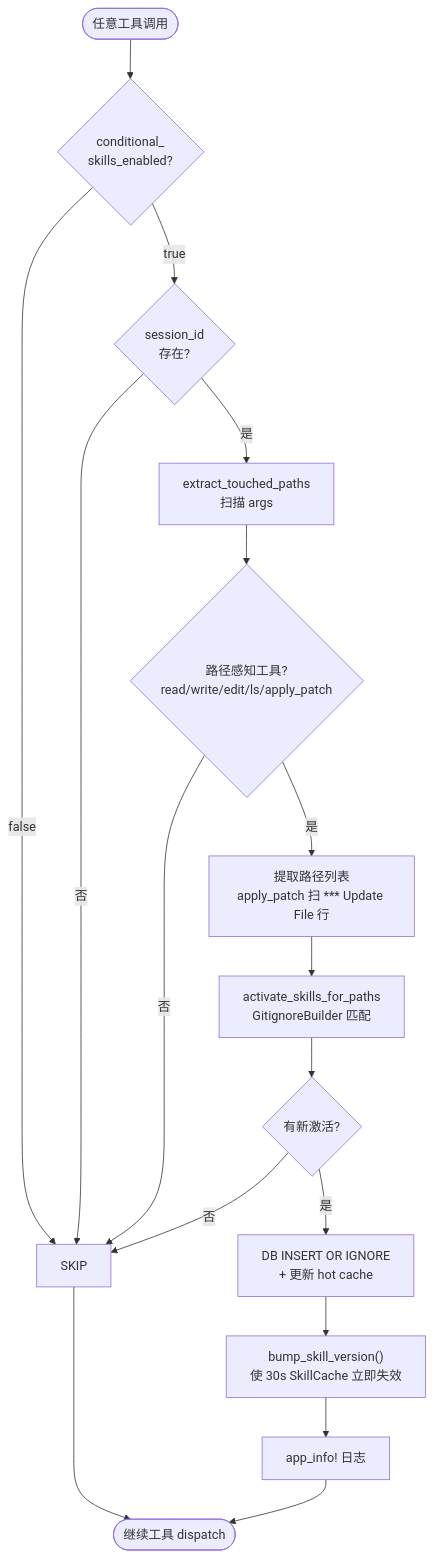
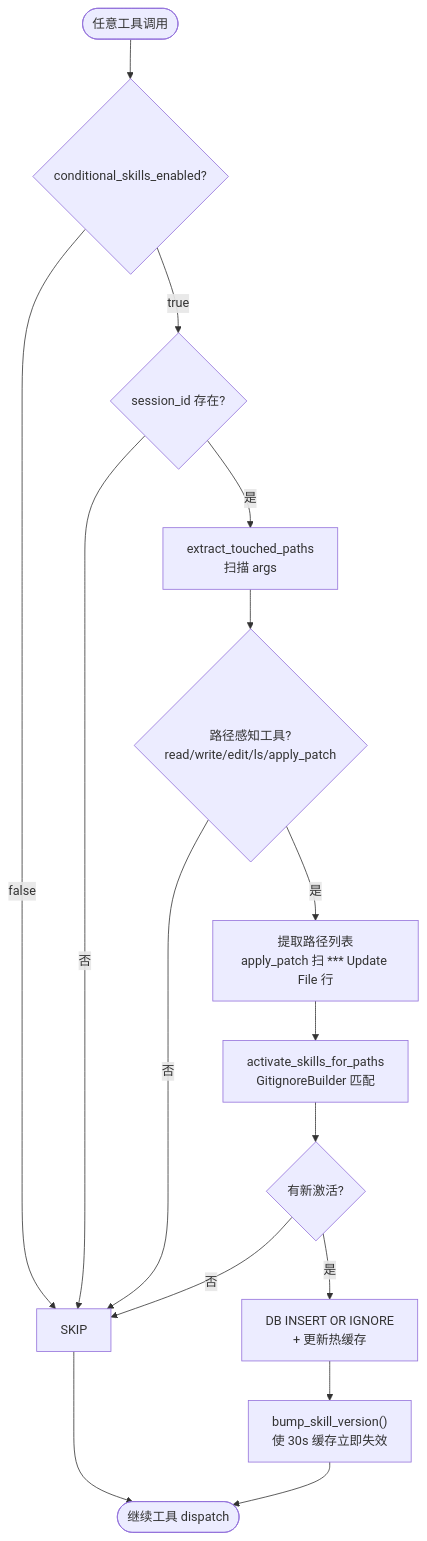
Before and after one commit to shiwenwen/hope-agent: the ninth of 19 diagrams in docs/architecture/skill-system.md, drawn with Mermaid. The commit also changed other lines of this file, not shown here.

First line of the commit message:
🦭docs: 巨无霸 skill-system（2123 行）按新标准重做

````diff
--- a/docs/architecture/skill-system.md
+++ b/docs/architecture/skill-system.md
@@ -802,22 +749,18 @@
 ```mermaid
 flowchart TD
-    TOOL(["任意工具调用"]) --> KS{"conditional_<br/>skills_enabled?"}
+    TOOL(["任意工具调用"]) --> KS{"conditional_skills_enabled?"}
     KS -->|false| SKIP
-    KS -->|true| SID{"session_id<br/>存在?"}
+    KS -->|true| SID{"session_id 存在?"}
     SID -->|否| SKIP
     SID -->|是| EXTRACT["extract_touched_paths<br/>扫描 args"]
-
     EXTRACT --> AWARE{"路径感知工具?<br/>read/write/edit/ls/apply_patch"}
     AWARE -->|否| SKIP
     AWARE -->|是| PATHS["提取路径列表<br/>apply_patch 扫 *** Update File 行"]
-
     PATHS --> MATCH["activate_skills_for_paths<br/>GitignoreBuilder 匹配"]
     MATCH --> NEW{"有新激活?"}
     NEW -->|否| SKIP
-    NEW -->|是| PERSIST["DB INSERT OR IGNORE<br/>+ 更新 hot cache"]
-    PERSIST --> BUMP["bump_skill_version()<br/>使 30s SkillCache 立即失效"]
-    BUMP --> LOG["app_info! 日志"]
-    LOG --> DISPATCH(["继续工具 dispatch"])
+    NEW -->|是| PERSIST["DB INSERT OR IGNORE<br/>+ 更新热缓存"]
+    PERSIST --> BUMP["bump_skill_version()<br/>使 30s 缓存立即失效"]
+    BUMP --> DISPATCH(["继续工具 dispatch"])
     SKIP --> DISPATCH
-
 ```
````
